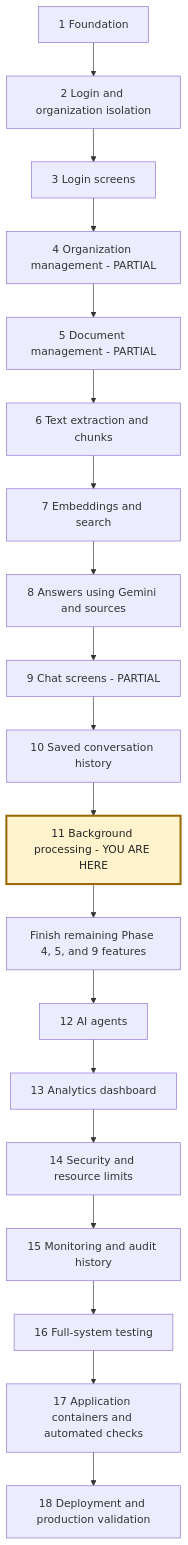
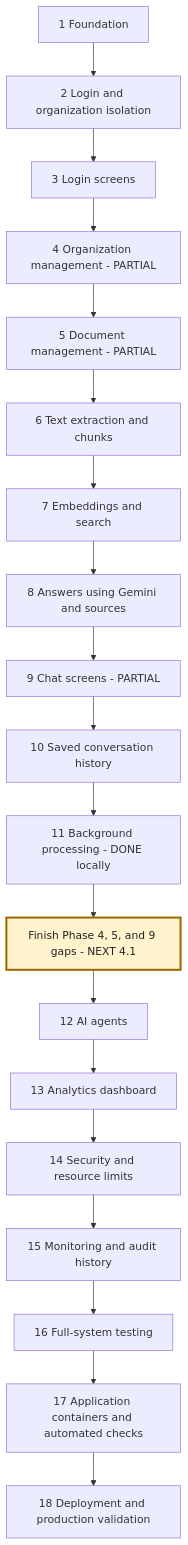
The second of 3 diagrams in NEXAAI_ROADMAP.md (msdian0007/nexaAi), drawn with Mermaid before and after one commit. The commit also changed other lines of this file and 6 other files, not shown here.

````diff
--- a/NEXAAI_ROADMAP.md
+++ b/NEXAAI_ROADMAP.md
@@ -179,22 +181,22 @@
 ```mermaid
 flowchart TD
     A[1 Foundation] --> B[2 Login and organization isolation]
     B --> C[3 Login screens]
     C --> D[4 Organization management - PARTIAL]
     D --> E[5 Document management - PARTIAL]
     E --> F[6 Text extraction and chunks]
     F --> G[7 Embeddings and search]
     G --> H[8 Answers using Gemini and sources]
     H --> I[9 Chat screens - PARTIAL]
     I --> J[10 Saved conversation history]
-    J --> K[11 Background processing - YOU ARE HERE]
-    K --> L[Finish remaining Phase 4, 5, and 9 features]
+    J --> K[11 Background processing - DONE locally]
+    K --> L[Finish Phase 4, 5, and 9 gaps - NEXT 4.1]
     L --> M[12 AI agents]
     M --> N[13 Analytics dashboard]
     N --> O[14 Security and resource limits]
     O --> P[15 Monitoring and audit history]
     P --> Q[16 Full-system testing]
     Q --> R[17 Application containers and automated checks]
     R --> S[18 Deployment and production validation]
-    style K fill:#fff3cd,stroke:#9a6700,stroke-width:3px,color:#222
+    style L fill:#fff3cd,stroke:#9a6700,stroke-width:3px,color:#222
 ```
````
